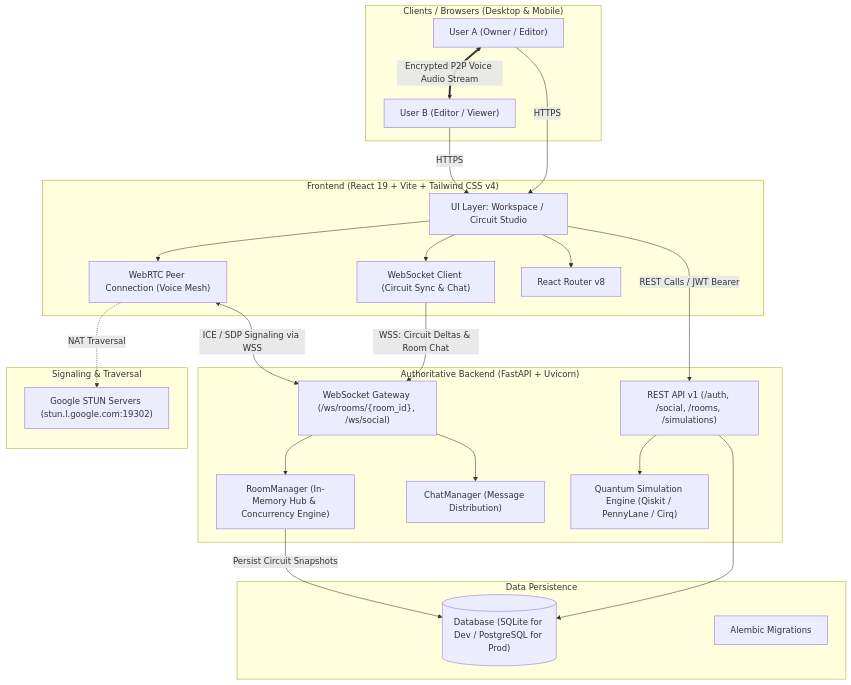
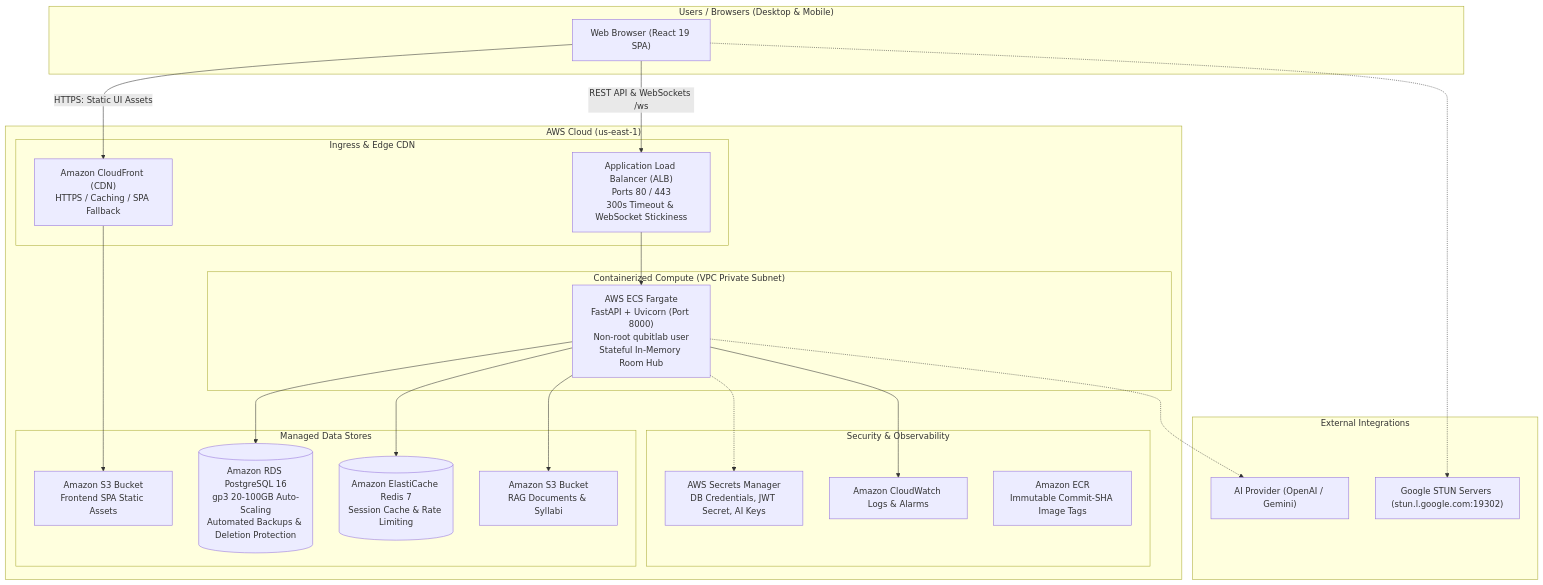
One commit to tripathiji0101/Qubitlab changed the diagram in README.md. Above: the diagram before and after it, drawn with Mermaid. The commit also changed other lines of this file and 238 other files, not shown here.

````diff
--- a/README.md
+++ b/README.md
@@ -82,52 +109,48 @@
 ```mermaid
 flowchart TD
-    subgraph Clients["Clients / Browsers (Desktop & Mobile)"]
-        UserA["User A (Owner / Editor)"]
-        UserB["User B (Editor / Viewer)"]
+    subgraph Clients["Users / Browsers (Desktop & Mobile)"]
+        UserBrowser["Web Browser (React 19 SPA)"]
     end
 
-    subgraph FrontendApp["Frontend (React 19 + Vite + Tailwind CSS v4)"]
-        UI["UI Layer: Workspace / Circuit Studio"]
-        WSC["WebSocket Client (Circuit Sync & Chat)"]
-        RTCC["WebRTC Peer Connection (Voice Mesh)"]
-        Router["React Router v8"]
+    subgraph AWSCloud["AWS Cloud (us-east-1)"]
+        subgraph Ingress["Ingress & Edge CDN"]
+            CF["Amazon CloudFront (CDN)\nHTTPS / Caching / SPA Fallback"]
+            ALB["Application Load Balancer (ALB)\nPorts 80 / 443\n300s Timeout & WebSocket Stickiness"]
+        end
+
+        subgraph Compute["Containerized Compute (VPC Private Subnet)"]
+            ECS["AWS ECS Fargate\nFastAPI + Uvicorn (Port 8000)\nNon-root qubitlab user\nStateful In-Memory Room Hub"]
+        end
+
+        subgraph Persistence["Managed Data Stores"]
+            RDS[("Amazon RDS PostgreSQL 16\ngp3 20-100GB Auto-Scaling\nAutomated Backups & Deletion Protection")]
+            Redis[("Amazon ElastiCache Redis 7\nSession Cache & Rate Limiting")]
+            S3App["Amazon S3 Bucket\nRAG Documents & Syllabi"]
+            S3Web["Amazon S3 Bucket\nFrontend SPA Static Assets"]
+        end
+
+        subgraph SecOps["Security & Observability"]
+            Secrets["AWS Secrets Manager\nDB Credentials, JWT Secret, AI Keys"]
+            CW["Amazon CloudWatch Logs & Alarms"]
+            ECR["Amazon ECR\nImmutable Commit-SHA Image Tags"]
+        end
     end
 
-    subgraph BackendApp["Authoritative Backend (FastAPI + Uvicorn)"]
-        REST["REST API v1 (/auth, /social, /rooms, /simulations)"]
-        WSH["WebSocket Gateway (/ws/rooms/{room_id}, /ws/social)"]
-        RoomMgr["RoomManager (In-Memory Hub & Concurrency Engine)"]
-        ChatMgr["ChatManager (Message Distribution)"]
-        SimEng["Quantum Simulation Engine (Qiskit / PennyLane / Cirq)"]
+    subgraph External["External Integrations"]
+        STUN["Google STUN Servers (stun.l.google.com:19302)"]
+        AI["AI Provider (OpenAI / Gemini)"]
     end
 
-    subgraph DataStore["Data Persistence"]
-        DB[("Database (SQLite for Dev / PostgreSQL for Prod)")]
-        Alembic["Alembic Migrations"]
-    end
-
-    subgraph Network["Signaling & Traversal"]
-        STUN["Google STUN Servers (stun.l.google.com:19302)"]
-    end
-
-    %% Client connections
-    UserA -->|HTTPS| UI
-    UserB -->|HTTPS| UI
-    UI --> WSC
-    UI --> RTCC
-    UI --> Router
-
-    %% Backend connections
-    UI -->|REST Calls / JWT Bearer| REST
-    WSC -->|WSS: Circuit Deltas & Room Chat| WSH
-    WSH --> RoomMgr
-    WSH --> ChatMgr
-    REST --> SimEng
-    REST --> DB
-    RoomMgr -->|Persist Circuit Snapshots| DB
-
-    %% WebRTC mesh
-    RTCC <-->|ICE / SDP Signaling via WSS| WSH
-    UserA <==>|Encrypted P2P Voice Audio Stream| UserB
-    RTCC -.->|NAT Traversal| STUN
+    %% Routing
+    UserBrowser -->|HTTPS: Static UI Assets| CF
+    CF --> S3Web
+    UserBrowser -->|REST API & WebSockets /ws| ALB
+    ALB --> ECS
+    ECS --> RDS
+    ECS --> Redis
+    ECS --> S3App
+    ECS -.-> Secrets
+    ECS --> CW
+    ECS -.-> AI
+    UserBrowser -.-> STUN
 ```
````
